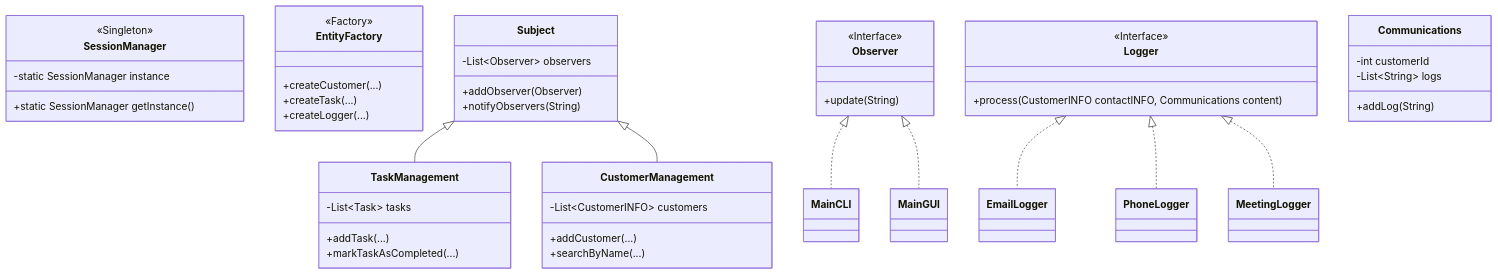
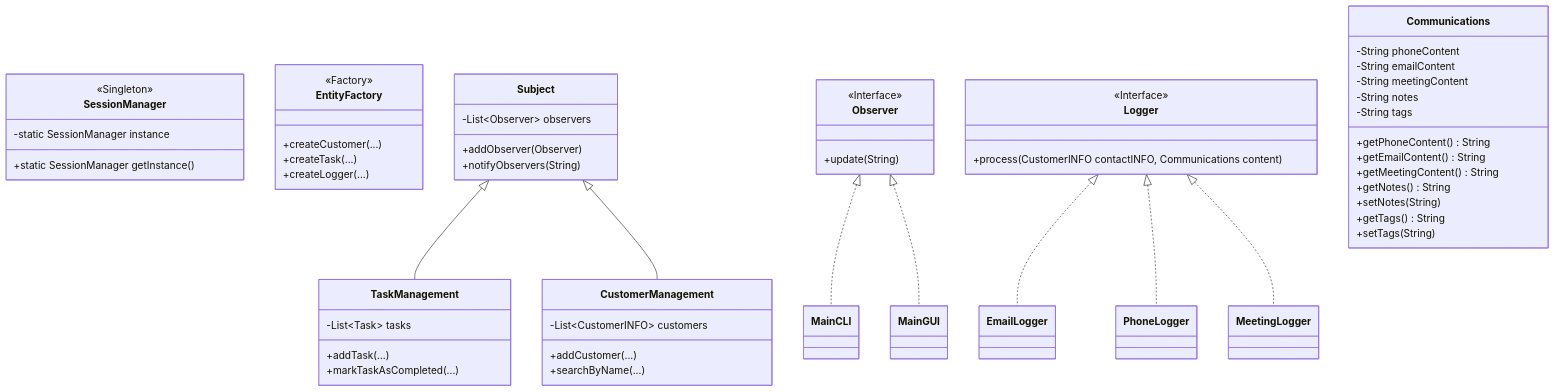
The second of 2 diagrams in README.md (lagom7890/OOP_coursework), drawn with Mermaid before and after one commit. The commit also changed other lines of this file, not shown here.

Commit message:
seventh commitment: modification on diagram in README.md

````diff
--- a/README.md
+++ b/README.md
@@ -64,62 +64,71 @@
 ```mermaid
 classDiagram
     class SessionManager {
         <<Singleton>>
         -static SessionManager instance
         +static SessionManager getInstance()
     }
 
     class EntityFactory {
         <<Factory>>
         +createCustomer(...)
         +createTask(...)
         +createLogger(...)
     }
 
     class Subject {
         -List~Observer~ observers
         +addObserver(Observer)
         +notifyObservers(String)
     }
 
     class Observer {
         <<Interface>>
         +update(String)
     }
 
     class TaskManagement {
         -List~Task~ tasks
         +addTask(...)
         +markTaskAsCompleted(...)
     }
 
     class CustomerManagement {
         -List~CustomerINFO~ customers
         +addCustomer(...)
         +searchByName(...)
     }
     
     class Logger {
         <<Interface>>
         +process(CustomerINFO contactINFO, Communications content)
     }
     
     class Communications {
-        -int customerId
-        -List~String~ logs
-        +addLog(String)
+        -String phoneContent
+        -String emailContent
+        -String meetingContent
+        -String notes
+        -String tags
+        +getPhoneContent() String
+        +getEmailContent() String
+        +getMeetingContent() String
+        +getNotes() String
+        +setNotes(String)
+        +getTags() String
+        +setTags(String)
     }
     
     class EmailLogger
     class PhoneLogger
     class MeetingLogger
     
     Logger <|.. EmailLogger
     Logger <|.. PhoneLogger
     Logger <|.. MeetingLogger
 
     Subject <|-- TaskManagement
     Subject <|-- CustomerManagement
     Observer <|.. MainCLI
     Observer <|.. MainGUI
 ```
````
